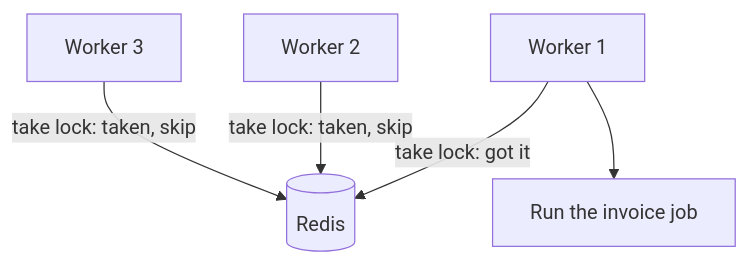
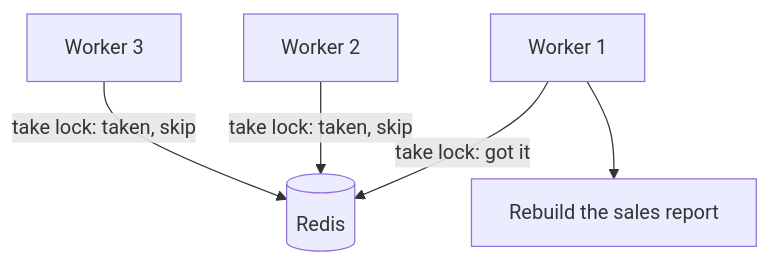
Before and after one commit to iamrs77/interview-ready: the first of 3 diagrams in content/system-design/distributed-systems/distributed-locking.mdx, drawn with Mermaid. The commit also changed other lines of this file and 132 other files, not shown here.

````diff
--- a/content/system-design/distributed-systems/distributed-locking.mdx
+++ b/content/system-design/distributed-systems/distributed-locking.mdx
@@ -19,7 +19,7 @@
 ```mermaid
 flowchart TB
   W1["Worker 1"]:::service -->|"take lock: got it"| R[("Redis")]:::cache
   W2["Worker 2"]:::service -->|"take lock: taken, skip"| R
   W3["Worker 3"]:::service -->|"take lock: taken, skip"| R
-  W1 --> Job["Run the invoice job"]:::service
+  W1 --> Job["Rebuild the sales report"]:::service
 ```
````
